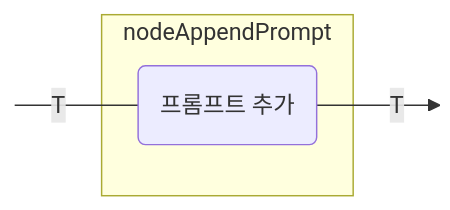
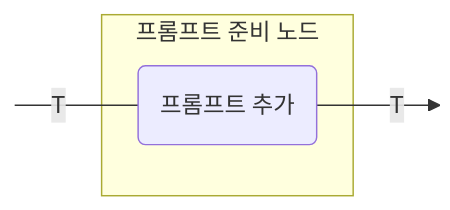
The third of 15 diagrams in docs/ko/koog/nodes-and-components.md (BinaryTape/Open-Docs), drawn with Mermaid before and after one commit. The commit also changed other lines of this file and 164 other files, not shown here.

````diff
--- a/docs/ko/koog/nodes-and-components.md
+++ b/docs/ko/koog/nodes-and-components.md
@@ -144,13 +144,13 @@
 ```mermaid
 graph LR
     in:::hidden
     out:::hidden
     
-    subgraph node ["nodeAppendPrompt"]
+    subgraph node ["프롬프트 준비 노드"]
         execute(프롬프트 추가)
     end
     
     in ---|T| execute --T--> out
 
     classDef hidden display: none;
 ```
````
